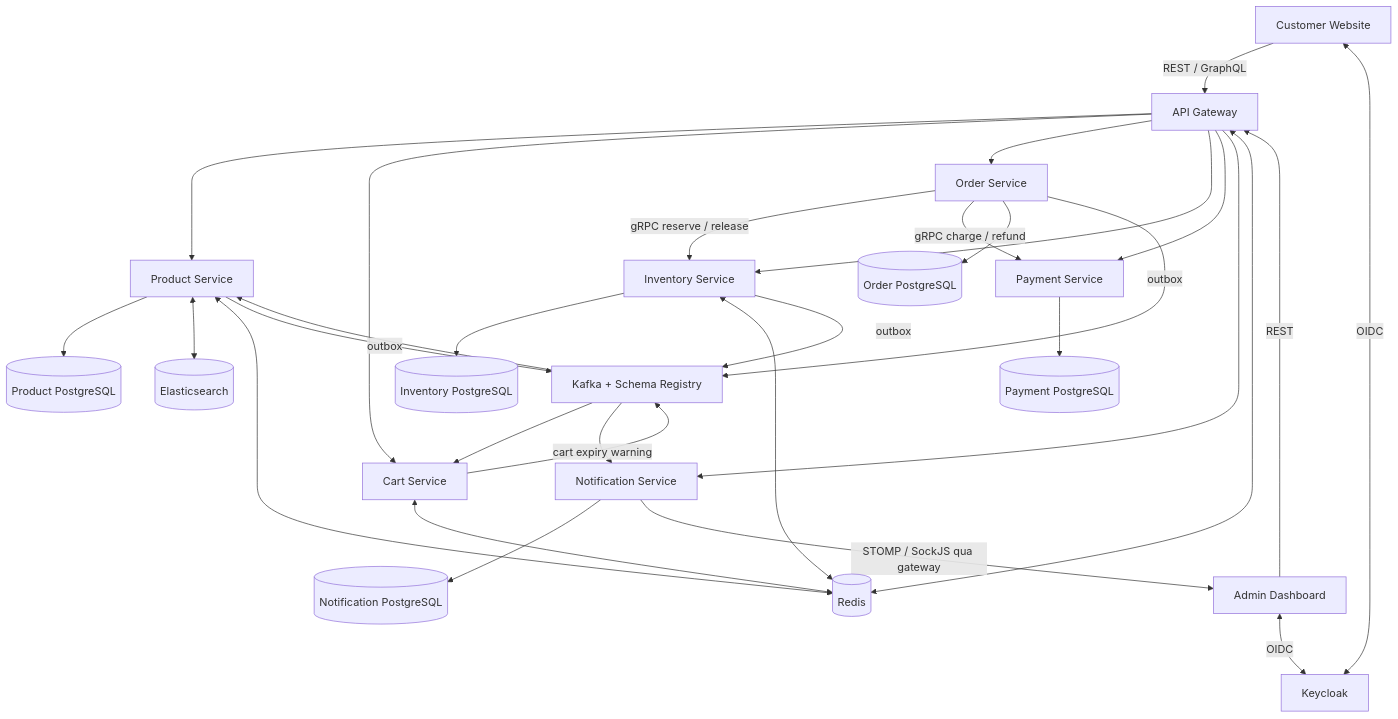
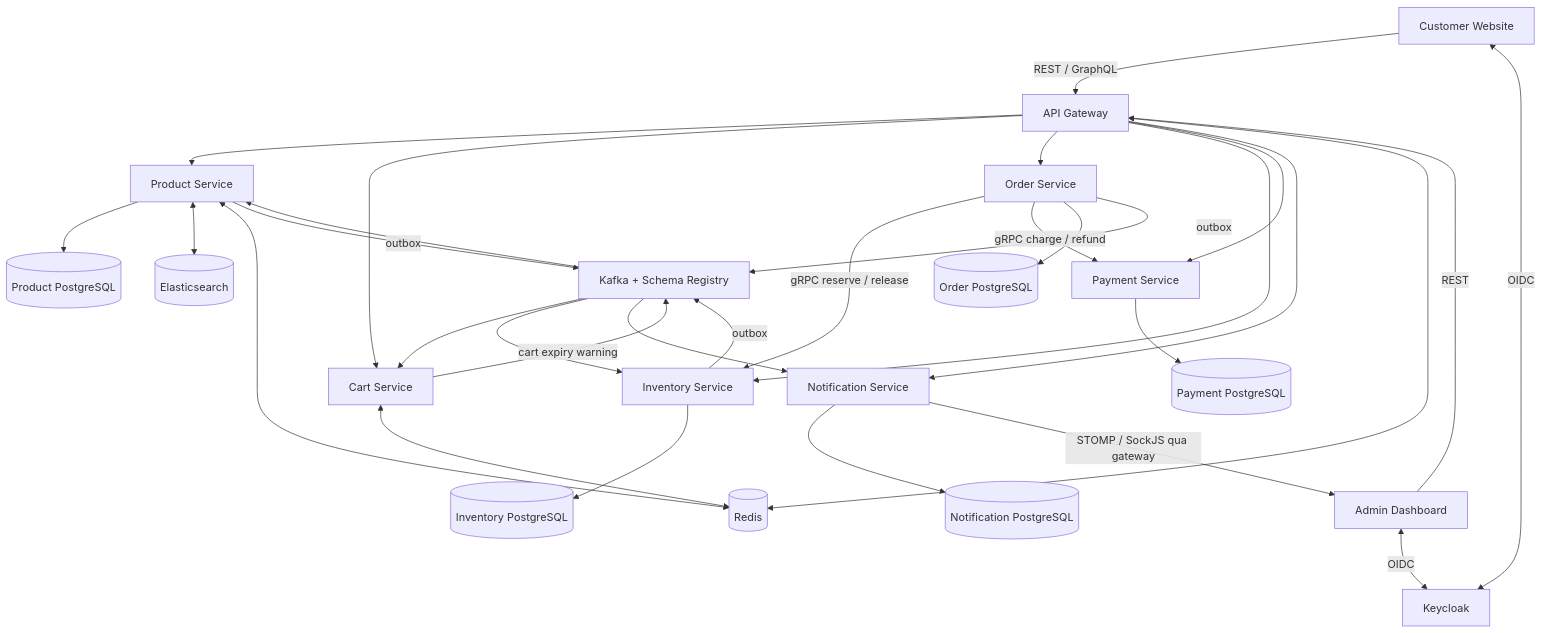
One commit to tuanpm2026/robo-mart changed the first of 7 diagrams in docs/development-system-flow.md. Above: the diagram before and after it, drawn with Mermaid. The commit also changed other lines of this file and 54 other files, not shown here.

Commit message:
Synchronize inventory stock into catalog and repair browser flows

````diff
--- a/docs/development-system-flow.md
+++ b/docs/development-system-flow.md
@@ -46,33 +46,33 @@
 ```mermaid
 flowchart TB
     C[Customer Website] -->|REST / GraphQL| G[API Gateway]
     A[Admin Dashboard] -->|REST| G
     C <-->|OIDC| K[Keycloak]
     A <-->|OIDC| K
     G --> P[Product Service]
     G --> CA[Cart Service]
     G --> O[Order Service]
     G --> I[Inventory Service]
     G --> PA[Payment Service]
     G --> N[Notification Service]
     O -->|gRPC reserve / release| I
     O -->|gRPC charge / refund| PA
     P --> PD[(Product PostgreSQL)]
     O --> OD[(Order PostgreSQL)]
     I --> ID[(Inventory PostgreSQL)]
     PA --> PAD[(Payment PostgreSQL)]
     N --> ND[(Notification PostgreSQL)]
     P <--> ES[(Elasticsearch)]
     P <--> R[(Redis)]
     CA <--> R
-    I <--> R
     G <--> R
     P -->|outbox| Q[Kafka + Schema Registry]
     O -->|outbox| Q
     I -->|outbox| Q
     CA -->|cart expiry warning| Q
     Q --> P
     Q --> CA
+    Q --> I
     Q --> N
     N -->|STOMP / SockJS qua gateway| A
 ```
````
